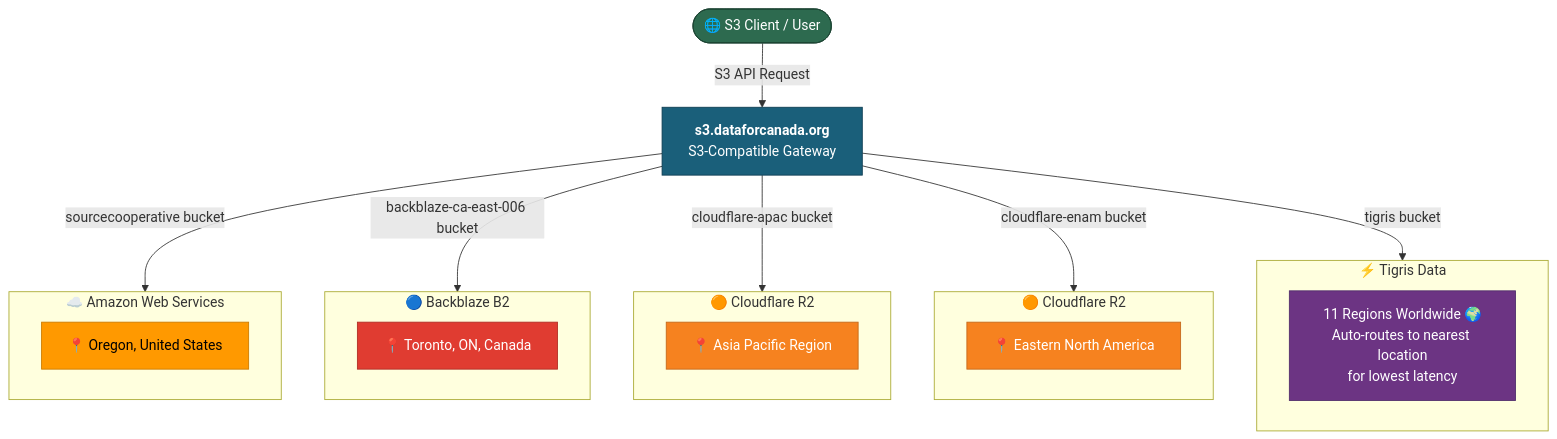
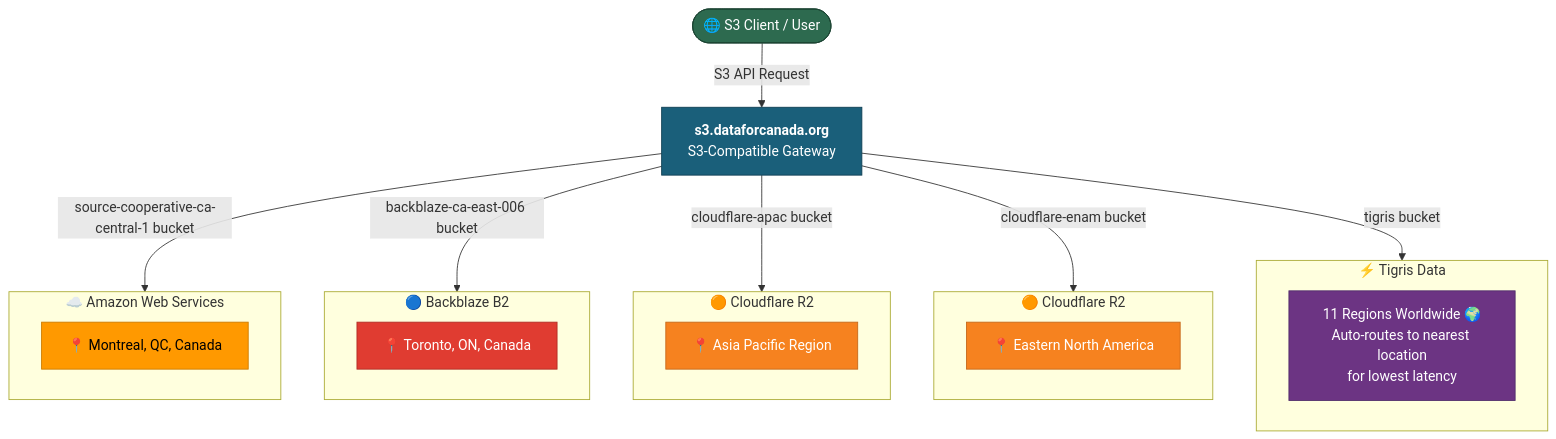
The diagram in content/blog/2026/deployed-s3-and-browser-ui.md (dataforcanada/d4c-service-main-site), drawn with Mermaid before and after one commit.

Commit message:
Update blog post on S3 interface. We just have the source-cooperative-ca-central bucket now since they expanded coverage

````diff
--- a/content/blog/2026/deployed-s3-and-browser-ui.md
+++ b/content/blog/2026/deployed-s3-and-browser-ui.md
@@ -24,41 +24,41 @@
 ```mermaid
 flowchart TD
     Client(["🌐 S3 Client / User"])
     Gateway["<b>s3.dataforcanada.org</b>\nS3-Compatible Gateway"]
 
     Client -->|"S3 API Request"| Gateway
 
-    Gateway -->|"sourcecooperative bucket"| AWS
+    Gateway -->|"source-cooperative-ca-central-1 bucket"| AWS
     Gateway -->|"backblaze-ca-east-006 bucket"| BB
     Gateway -->|"cloudflare-apac bucket"| CFAPAC
     Gateway -->|"cloudflare-enam bucket"| CFENAM
     Gateway -->|"tigris bucket"| TIGRIS
 
     subgraph AWS ["☁️ Amazon Web Services"]
-        AWSNode["📍 Oregon, United States"]
+        AWSNode["📍 Montreal, QC, Canada"]
     end
 
     subgraph BB ["🔵 Backblaze B2"]
         BBNode["📍 Toronto, ON, Canada"]
     end
 
     subgraph CFAPAC ["🟠 Cloudflare R2"]
         CFAPACNode["📍 Asia Pacific Region"]
     end
 
     subgraph CFENAM ["🟠 Cloudflare R2"]
         CFENAMNode["📍 Eastern North America"]
     end
 
     subgraph TIGRIS ["⚡ Tigris Data"]
         TIGRISNode["11 Regions Worldwide 🌍\nAuto-routes to nearest location\nfor lowest latency"]
     end
 
     style Gateway fill:#1a5f7a,color:#fff,stroke:#0d3d52
     style Client fill:#2d6a4f,color:#fff,stroke:#1b4332
     style AWSNode fill:#ff9900,color:#000,stroke:#cc7a00
     style BBNode fill:#e03c31,color:#fff,stroke:#b02d24
     style CFAPACNode fill:#f6821f,color:#fff,stroke:#c4681a
     style CFENAMNode fill:#f6821f,color:#fff,stroke:#c4681a
     style TIGRISNode fill:#6c3483,color:#fff,stroke:#512e6b
 ```
````
